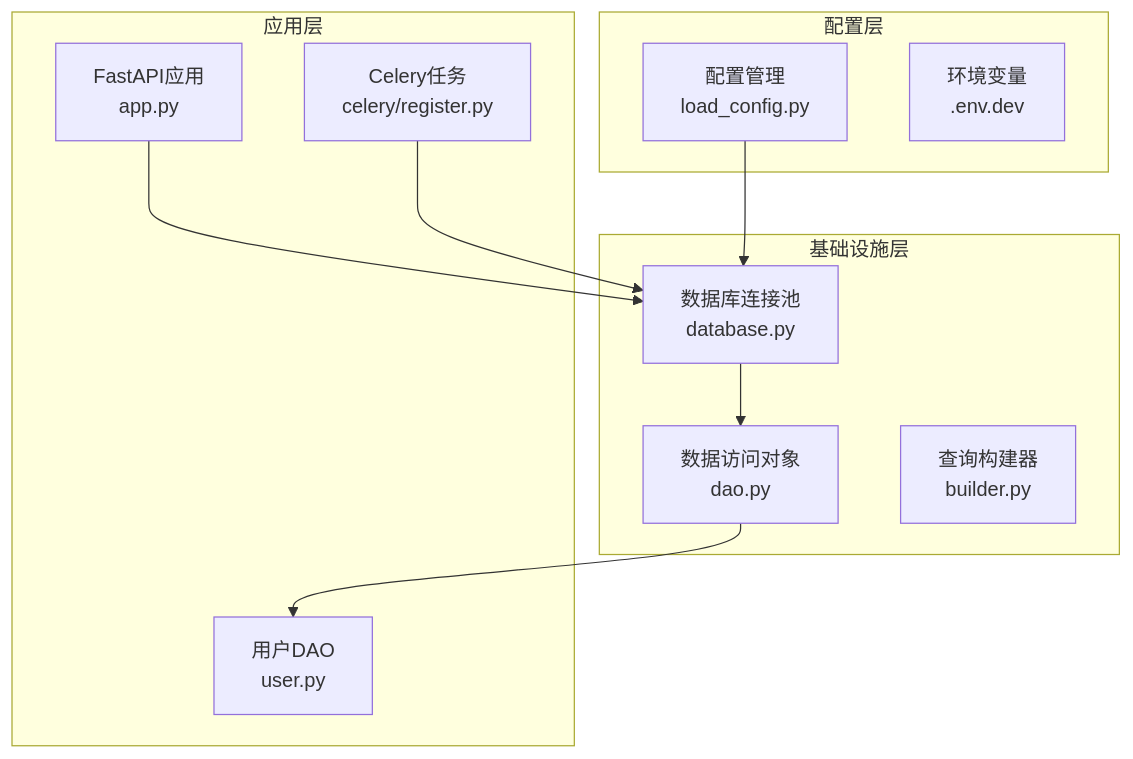
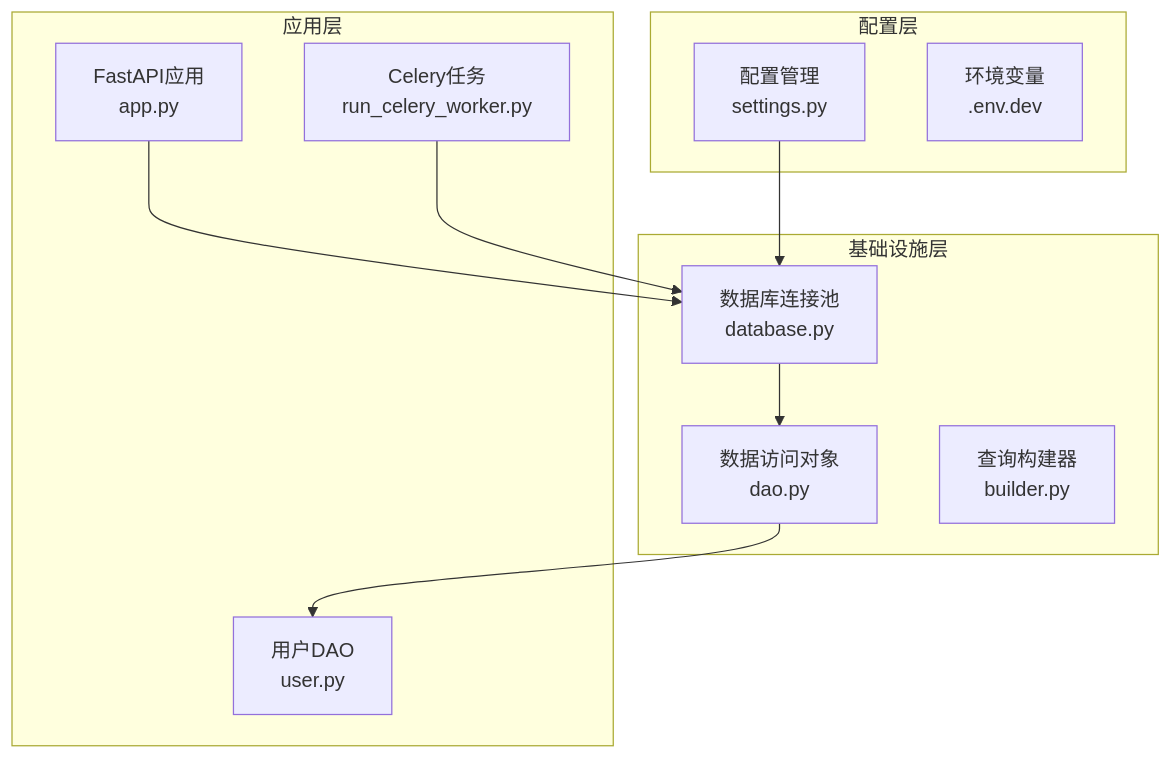
One commit to lilinzezzzzzz/fastapi-backend changed the first of 12 diagrams in .qoder/repowiki/zh/content/数据库集成/连接池管理.md. Above: the diagram before and after it, drawn with Mermaid. The commit also changed other lines of this file and 42 other files, not shown here.

````diff
--- a/.qoder/repowiki/zh/content/数据库集成/连接池管理.md
+++ b/.qoder/repowiki/zh/content/数据库集成/连接池管理.md
@@ -43,22 +52,22 @@
 ```mermaid
 graph TB
 subgraph "配置层"
-Config[配置管理<br/>load_config.py]
+Config[配置管理<br/>settings.py]
 Env[环境变量<br/>.env.dev]
 end
 subgraph "基础设施层"
 DB[数据库连接池<br/>database.py]
 DAO[数据访问对象<br/>dao.py]
 Builder[查询构建器<br/>builder.py]
 end
 subgraph "应用层"
 FastAPI[FastAPI应用<br/>app.py]
 UserDAO[用户DAO<br/>user.py]
-Celery[Celery任务<br/>celery/register.py]
+Celery[Celery任务<br/>run_celery_worker.py]
 end
 Config --> DB
 DB --> DAO
 DAO --> UserDAO
 FastAPI --> DB
 Celery --> DB
 ```
````
